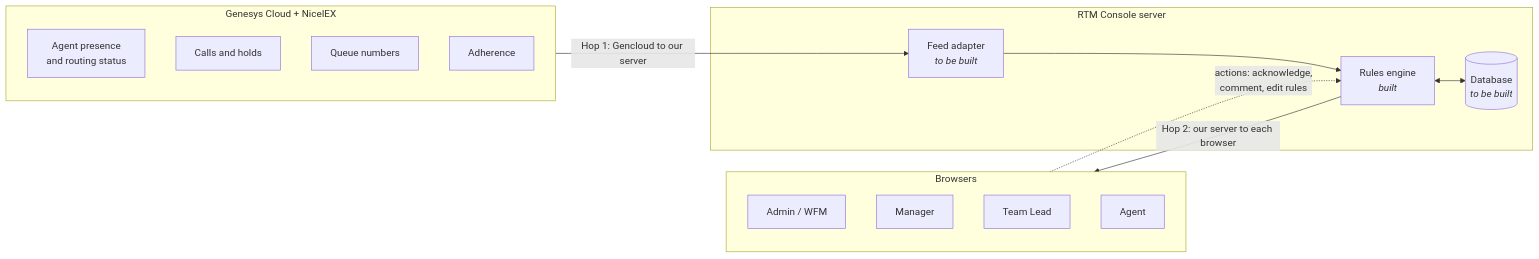
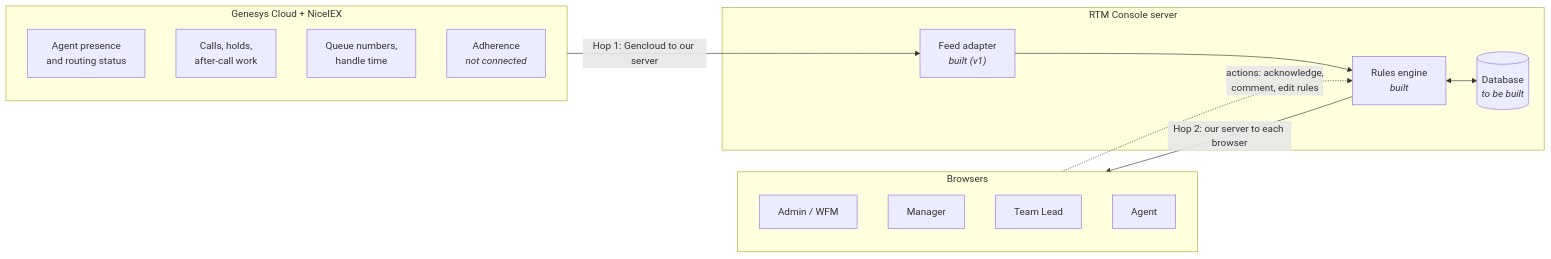
The first of 6 diagrams in docs/data-architecture.md (aishki/rtm-console), drawn with Mermaid before and after one commit. The commit also changed other lines of this file, not shown here.

First line of the commit message:
docs: bring the data architecture up to date with the live feed

````diff
--- a/docs/data-architecture.md
+++ b/docs/data-architecture.md
@@ -51,28 +51,28 @@
 ```mermaid
 flowchart LR
     subgraph G["Genesys Cloud + NiceIEX"]
         G1["Agent presence<br/>and routing status"]
-        G2["Calls and holds"]
-        G3["Queue numbers"]
-        G4["Adherence"]
+        G2["Calls, holds,<br/>after-call work"]
+        G3["Queue numbers,<br/>handle time"]
+        G4["Adherence<br/><i>not connected</i>"]
     end
 
     subgraph S["RTM Console server"]
-        A["Feed adapter<br/><i>to be built</i>"]
+        A["Feed adapter<br/><i>built (v1)</i>"]
         E["Rules engine<br/><i>built</i>"]
         D[("Database<br/><i>to be built</i>")]
     end
 
     subgraph B["Browsers"]
         U1["Admin / WFM"]
         U2["Manager"]
         U3["Team Lead"]
         U4["Agent"]
     end
 
     G -- "Hop 1: Gencloud to our server" --> A
     A --> E
     E <--> D
     E -- "Hop 2: our server to each browser" --> B
     B -. "actions: acknowledge,<br/>comment, edit rules" .-> E
 ```
````
